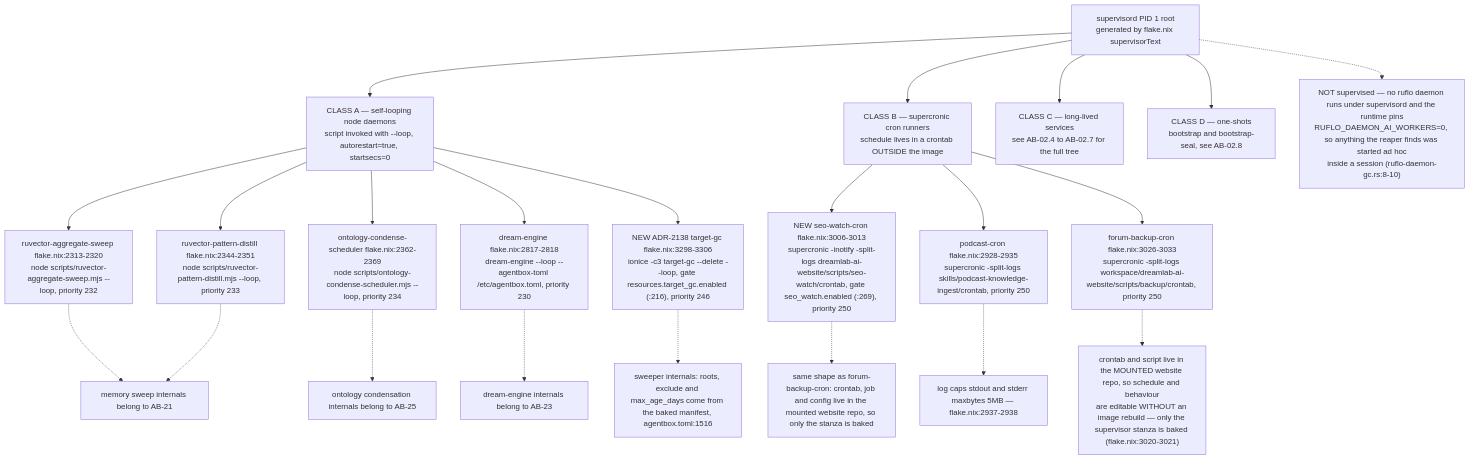
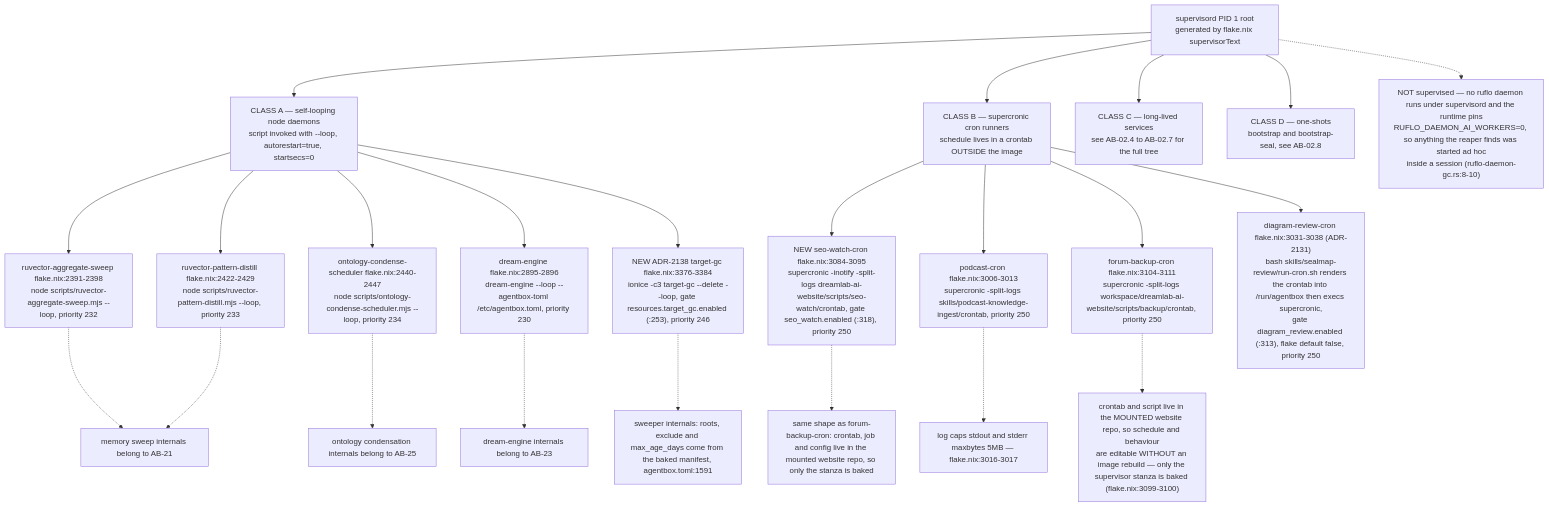
The first of 11 diagrams in docs/diagrams/agentbox/07-daemons-reapers-cron-backups.md (DreamLab-AI/VisionFlow), drawn with Mermaid before and after one commit. The commit also changed other lines of this file and 160 other files, not shown here.

````diff
--- a/docs/diagrams/agentbox/07-daemons-reapers-cron-backups.md
+++ b/docs/diagrams/agentbox/07-daemons-reapers-cron-backups.md
@@ -27,24 +27,25 @@
 ```mermaid
 flowchart TD
     SUP["supervisord PID 1 root<br/>generated by flake.nix supervisorText"] --> C1["CLASS A — self-looping node daemons<br/>script invoked with --loop, autorestart=true, startsecs=0"]
     SUP --> C2["CLASS B — supercronic cron runners<br/>schedule lives in a crontab OUTSIDE the image"]
     SUP --> C3["CLASS C — long-lived services<br/>see AB-02.4 to AB-02.7 for the full tree"]
     SUP --> C4["CLASS D — one-shots<br/>bootstrap and bootstrap-seal, see AB-02.8"]
-    C1 --> A1["ruvector-aggregate-sweep flake.nix:2313-2320<br/>node scripts/ruvector-aggregate-sweep.mjs --loop, priority 232"]
-    C1 --> A2["ruvector-pattern-distill flake.nix:2344-2351<br/>node scripts/ruvector-pattern-distill.mjs --loop, priority 233"]
-    C1 --> A3["ontology-condense-scheduler flake.nix:2362-2369<br/>node scripts/ontology-condense-scheduler.mjs --loop, priority 234"]
-    C1 --> A4["dream-engine flake.nix:2817-2818<br/>dream-engine --loop --agentbox-toml /etc/agentbox.toml, priority 230"]
-    C1 --> A5["NEW ADR-2138 target-gc flake.nix:3298-3306<br/>ionice -c3 target-gc --delete --loop, gate resources.target_gc.enabled (:216), priority 246"]
-    C2 --> B3["NEW seo-watch-cron flake.nix:3006-3013<br/>supercronic -inotify -split-logs dreamlab-ai-website/scripts/seo-watch/crontab, gate seo_watch.enabled (:269), priority 250"]
-    C2 --> B1["podcast-cron flake.nix:2928-2935<br/>supercronic -split-logs skills/podcast-knowledge-ingest/crontab, priority 250"]
-    C2 --> B2["forum-backup-cron flake.nix:3026-3033<br/>supercronic -split-logs workspace/dreamlab-ai-website/scripts/backup/crontab, priority 250"]
+    C1 --> A1["ruvector-aggregate-sweep flake.nix:2391-2398<br/>node scripts/ruvector-aggregate-sweep.mjs --loop, priority 232"]
+    C1 --> A2["ruvector-pattern-distill flake.nix:2422-2429<br/>node scripts/ruvector-pattern-distill.mjs --loop, priority 233"]
+    C1 --> A3["ontology-condense-scheduler flake.nix:2440-2447<br/>node scripts/ontology-condense-scheduler.mjs --loop, priority 234"]
+    C1 --> A4["dream-engine flake.nix:2895-2896<br/>dream-engine --loop --agentbox-toml /etc/agentbox.toml, priority 230"]
+    C1 --> A5["NEW ADR-2138 target-gc flake.nix:3376-3384<br/>ionice -c3 target-gc --delete --loop, gate resources.target_gc.enabled (:253), priority 246"]
+    C2 --> B3["NEW seo-watch-cron flake.nix:3084-3095<br/>supercronic -inotify -split-logs dreamlab-ai-website/scripts/seo-watch/crontab, gate seo_watch.enabled (:318), priority 250"]
+    C2 --> B1["podcast-cron flake.nix:3006-3013<br/>supercronic -split-logs skills/podcast-knowledge-ingest/crontab, priority 250"]
+    C2 --> B2["forum-backup-cron flake.nix:3104-3111<br/>supercronic -split-logs workspace/dreamlab-ai-website/scripts/backup/crontab, priority 250"]
+    C2 --> B4["diagram-review-cron flake.nix:3031-3038 (ADR-2131)<br/>bash skills/sealmap-review/run-cron.sh renders the crontab into /run/agentbox then execs supercronic,<br/>gate diagram_review.enabled (:313), flake default false, priority 250"]
     A1 -.-> M1["memory sweep internals belong to AB-21"]
     A2 -.-> M1
     A3 -.-> M2["ontology condensation internals belong to AB-25"]
     A4 -.-> M3["dream-engine internals belong to AB-23"]
-    A5 -.-> M4["sweeper internals: roots, exclude and max_age_days come from the baked manifest, agentbox.toml:1516"]
+    A5 -.-> M4["sweeper internals: roots, exclude and max_age_days come from the baked manifest, agentbox.toml:1591"]
     B3 -.-> N3["same shape as forum-backup-cron: crontab, job and config live in the mounted website repo, so only the stanza is baked"]
-    B1 -.-> N1["log caps stdout and stderr maxbytes 5MB — flake.nix:2937-2938"]
-    B2 -.-> N2["crontab and script live in the MOUNTED website repo, so schedule and behaviour<br/>are editable WITHOUT an image rebuild — only the supervisor stanza is baked (flake.nix:3020-3021)"]
+    B1 -.-> N1["log caps stdout and stderr maxbytes 5MB — flake.nix:3016-3017"]
+    B2 -.-> N2["crontab and script live in the MOUNTED website repo, so schedule and behaviour<br/>are editable WITHOUT an image rebuild — only the supervisor stanza is baked (flake.nix:3099-3100)"]
     SUP -.-> ADHOC["NOT supervised — no ruflo daemon runs under supervisord and the runtime pins<br/>RUFLO_DAEMON_AI_WORKERS=0, so anything the reaper finds was started ad hoc<br/>inside a session (ruflo-daemon-gc.rs:8-10)"]
 ```
````
